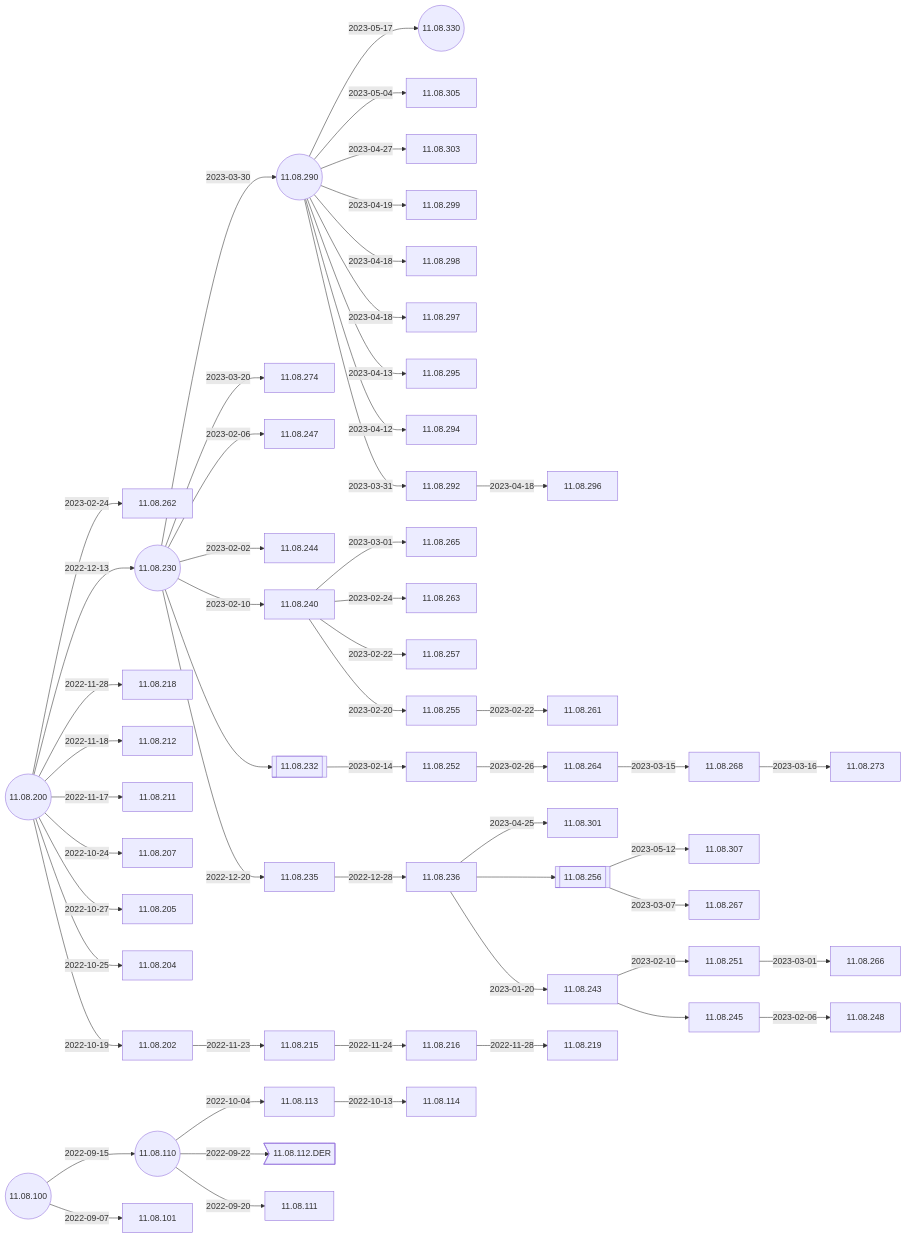
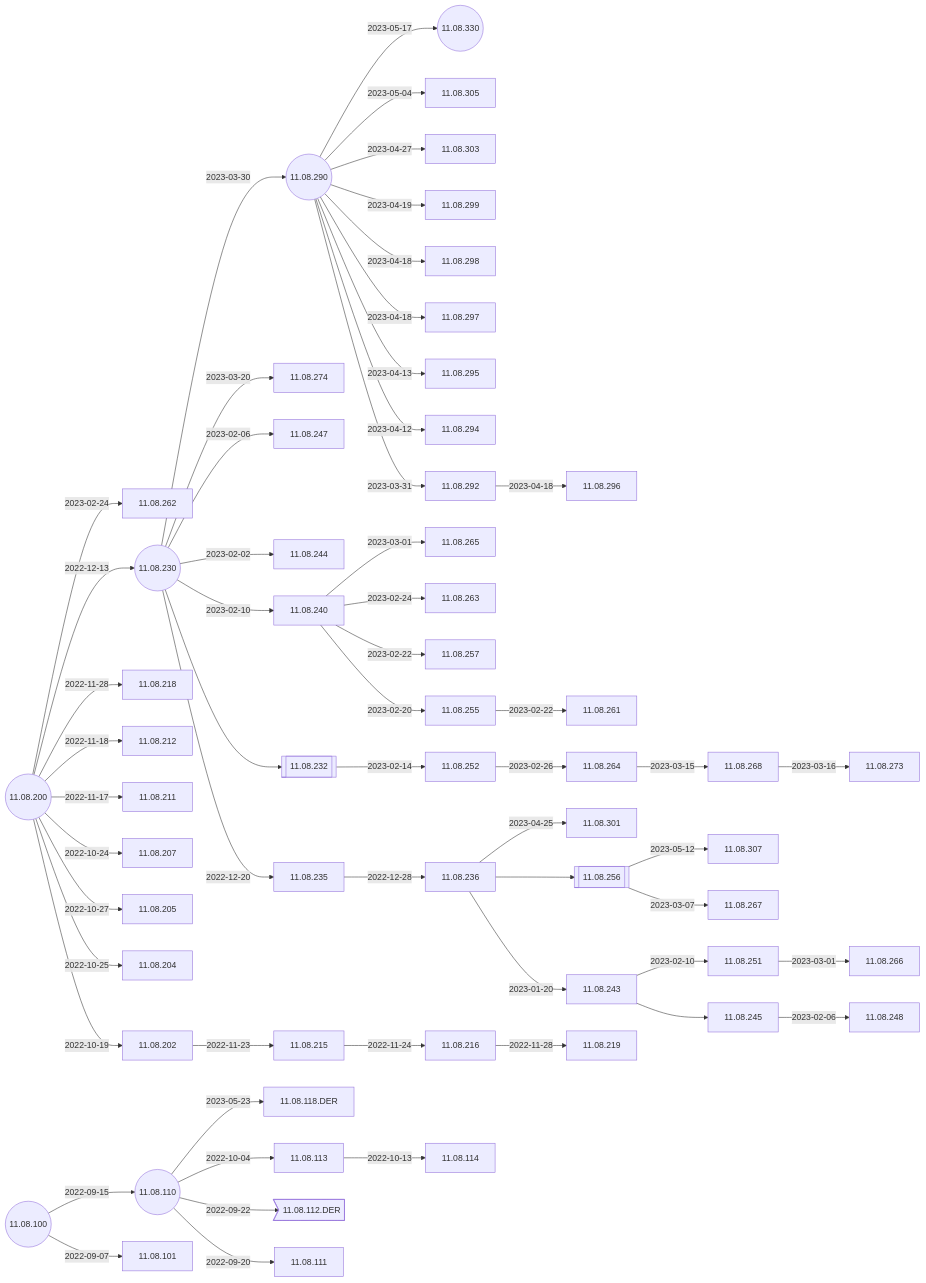
Before and after one commit to IGEL-Community/IGEL-Docs-v02: the second of 4 diagrams in docs/Docs/ReleaseNotes/01-OS11/README.md, drawn with Mermaid. The commit also changed 2 other files, not shown here.

Commit message:
11.08.118.DER <- 11.08.110

````diff
--- a/docs/Docs/ReleaseNotes/01-OS11/README.md
+++ b/docs/Docs/ReleaseNotes/01-OS11/README.md
@@ -39,5 +39,6 @@
 ```mermaid
 flowchart LR
+    11.08.110-- 2023-05-23 -->11.08.118.DER
     11.08.290-- 2023-05-17 -->11.08.330((11.08.330))
     11.08.256-- 2023-05-12 -->11.08.307
     11.08.290-- 2023-05-04 -->11.08.305
@@ -76,6 +77,7 @@
     11.08.110((11.08.110))-- 2022-09-22 -->11.08.112.DER>11.08.112.DER]
     11.08.100-- 2022-09-15 -->11.08.110-- 2022-09-20 -->11.08.111
     11.08.100((11.08.100))-- 2022-09-07 -->11.08.101
+    click 11.08.118.DER "https://github.com/IGEL-Community/IGEL-Docs-v02/tree/main/docs/Docs/ReleaseNotes/01-OS11/readme11.08.118.DER.txt" _blank
     click 11.08.330 "https://github.com/IGEL-Community/IGEL-Docs-v02/tree/main/docs/Docs/ReleaseNotes/01-OS11/readme11.08.330.txt" _blank
     click 11.08.307 "https://github.com/IGEL-Community/IGEL-Docs-v02/tree/main/docs/Docs/ReleaseNotes/01-OS11/readme11.08.307.txt" _blank
     click 11.08.305 "https://github.com/IGEL-Community/IGEL-Docs-v02/tree/main/docs/Docs/ReleaseNotes/01-OS11/readme11.08.305.txt" _blank
````
